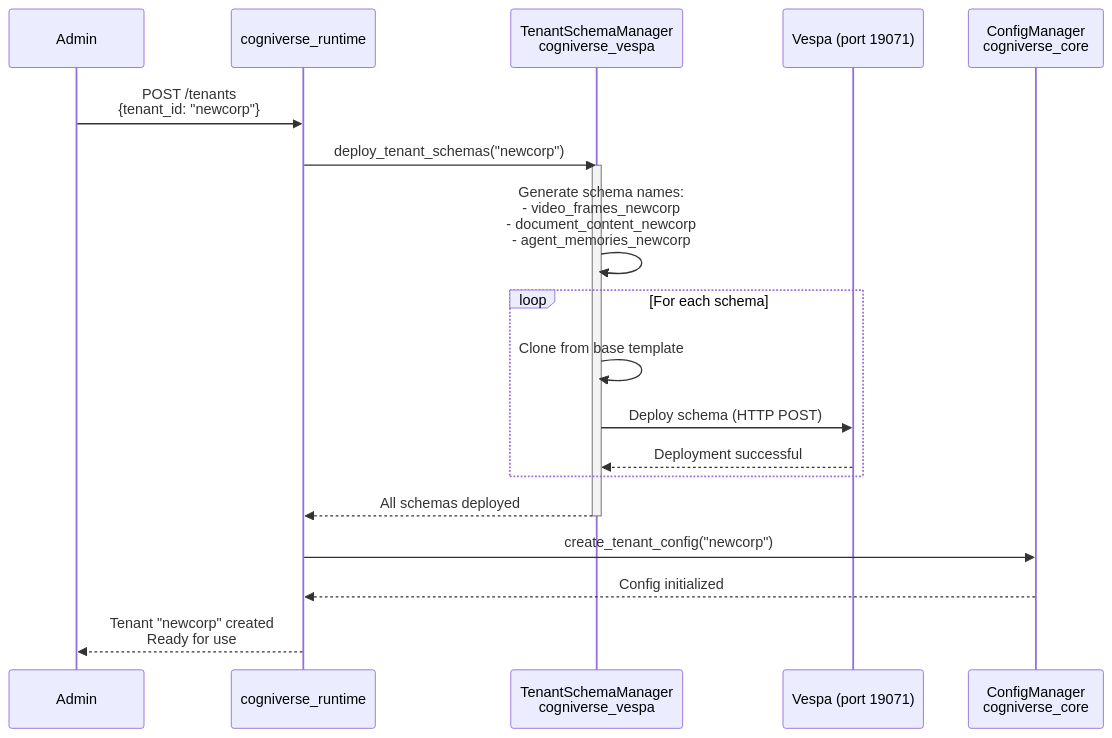
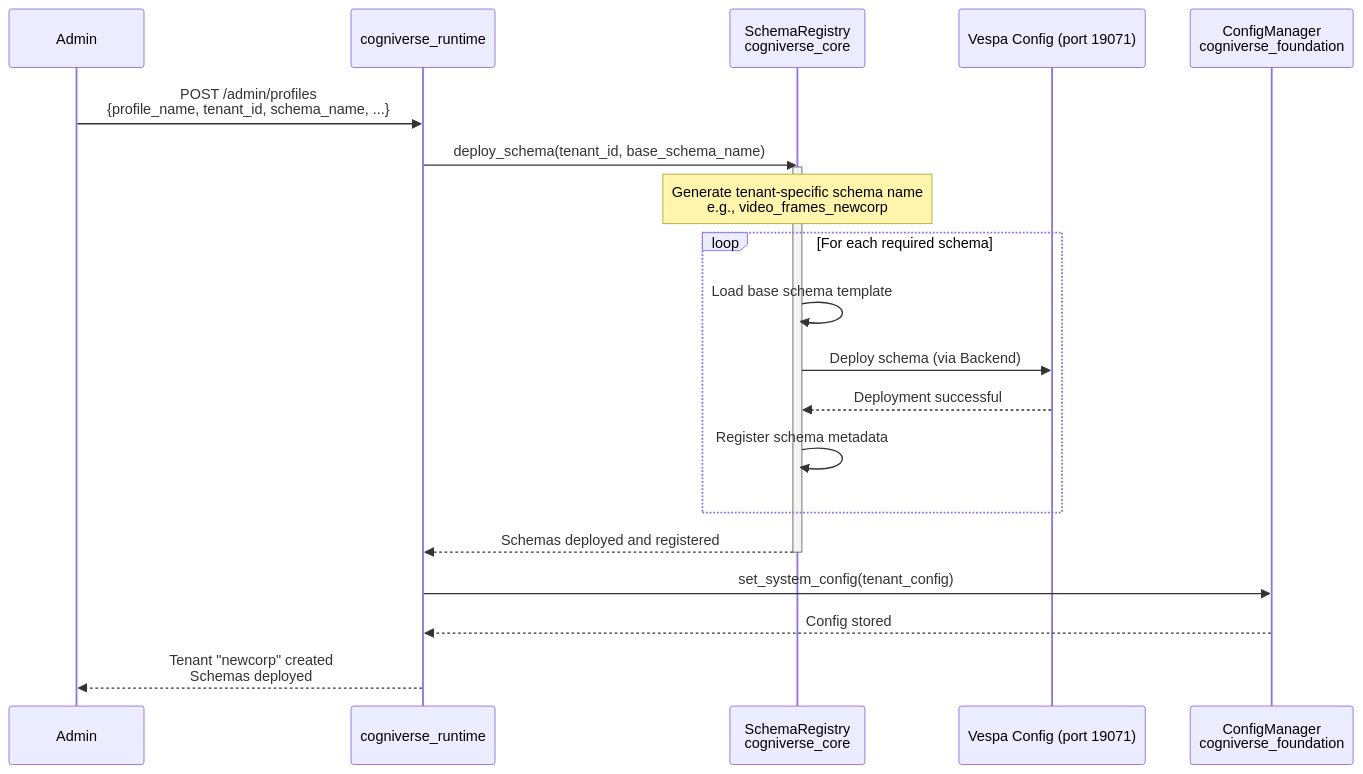
One commit to amit-jain/cogniverse changed the eighth of 24 diagrams in docs/architecture/system-flows.md. Above: the diagram before and after it, drawn with Mermaid. The commit also changed other lines of this file and 83 other files, not shown here.

First line of the commit message:
Fix documentation veracity, formatting, and diagrams across all modules

````diff
--- a/docs/architecture/system-flows.md
+++ b/docs/architecture/system-flows.md
@@ -434,29 +323,30 @@
 ```mermaid
 sequenceDiagram
     participant Admin
     participant Runtime as cogniverse_runtime
-    participant TenantMgr as TenantSchemaManager<br/>cogniverse_vespa
-    participant Vespa as Vespa (port 19071)
-    participant ConfigMgr as ConfigManager<br/>cogniverse_core
+    participant SchemaReg as SchemaRegistry<br/>cogniverse_core
+    participant Vespa as Vespa Config (port 19071)
+    participant ConfigMgr as ConfigManager<br/>cogniverse_foundation
 
-    Admin->>Runtime: POST /tenants<br/>{tenant_id: "newcorp"}
+    Admin->>Runtime: POST /admin/profiles<br/>{profile_name, tenant_id, schema_name, ...}
 
-    Runtime->>TenantMgr: deploy_tenant_schemas("newcorp")
+    Runtime->>SchemaReg: deploy_schema(tenant_id, base_schema_name)
 
-    activate TenantMgr
-    TenantMgr->>TenantMgr: Generate schema names:<br/>- video_frames_newcorp<br/>- document_content_newcorp<br/>- agent_memories_newcorp
+    activate SchemaReg
+    Note over SchemaReg: Generate tenant-specific schema name<br/>e.g., video_frames_newcorp
 
-    loop For each schema
-        TenantMgr->>TenantMgr: Clone from base template
-        TenantMgr->>Vespa: Deploy schema (HTTP POST)
-        Vespa-->>TenantMgr: Deployment successful
+    loop For each required schema
+        SchemaReg->>SchemaReg: Load base schema template
+        SchemaReg->>Vespa: Deploy schema (via Backend)
+        Vespa-->>SchemaReg: Deployment successful
+        SchemaReg->>SchemaReg: Register schema metadata
     end
 
-    TenantMgr-->>Runtime: All schemas deployed
-    deactivate TenantMgr
+    SchemaReg-->>Runtime: Schemas deployed and registered
+    deactivate SchemaReg
 
-    Runtime->>ConfigMgr: create_tenant_config("newcorp")
-    ConfigMgr-->>Runtime: Config initialized
+    Runtime->>ConfigMgr: set_system_config(tenant_config)
+    ConfigMgr-->>Runtime: Config stored
 
-    Runtime-->>Admin: Tenant "newcorp" created<br/>Ready for use
+    Runtime-->>Admin: Tenant "newcorp" created<br/>Schemas deployed
 ```
````
